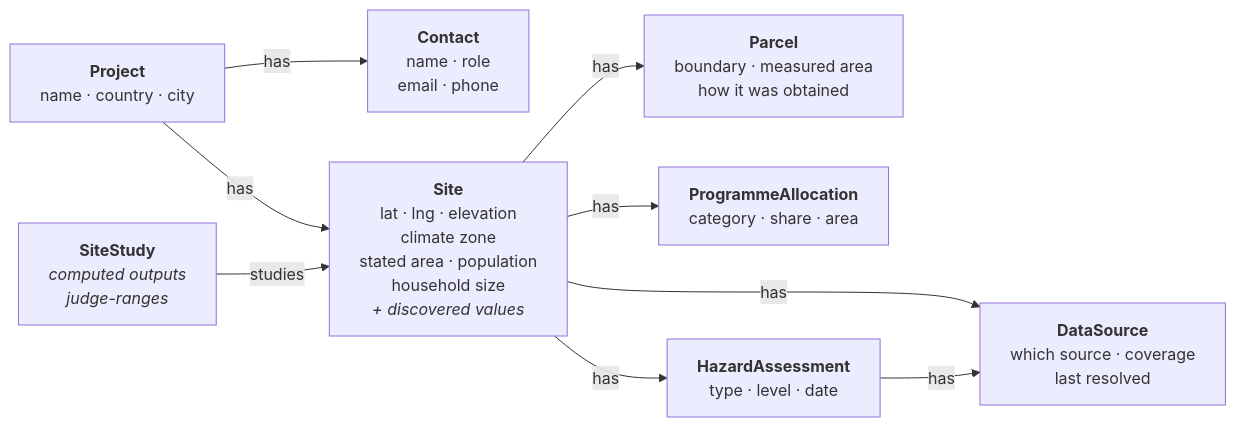
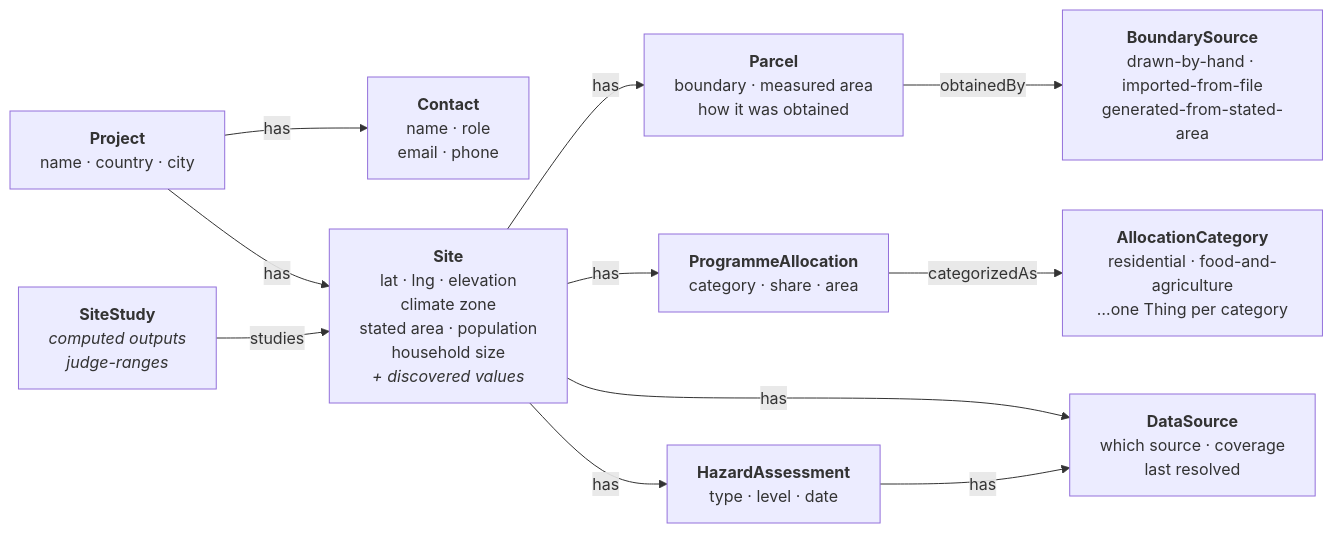
One commit to ReGen-Villages/VillageOS-API changed the seventh of 10 diagrams in docs/LAND_INTAKE.md. Above: the diagram before and after it, drawn with Mermaid. The commit also changed other lines of this file and 14 other files, not shown here.

````diff
--- a/docs/LAND_INTAKE.md
+++ b/docs/LAND_INTAKE.md
@@ -526,20 +526,25 @@
 ```mermaid
 flowchart LR
   PR["<b>Project</b><br/>name · country · city"]
   CO["<b>Contact</b><br/>name · role<br/>email · phone"]
   SI["<b>Site</b><br/>lat · lng · elevation<br/>climate zone<br/>stated area · population<br/>household size<br/><i>+ discovered values</i>"]
   ST["<b>SiteStudy</b><br/><i>computed outputs</i><br/><i>judge-ranges</i>"]
   PA["<b>Parcel</b><br/>boundary · measured area<br/>how it was obtained"]
   AL["<b>ProgrammeAllocation</b><br/>category · share · area"]
   HA["<b>HazardAssessment</b><br/>type · level · date"]
   DS["<b>DataSource</b><br/>which source · coverage<br/>last resolved"]
 
+  BS["<b>BoundarySource</b><br/>drawn-by-hand · imported-from-file<br/>generated-from-stated-area"]
+  AC["<b>AllocationCategory</b><br/>residential · food-and-agriculture<br/>…one Thing per category"]
+
   PR -->|has| CO
   PR -->|has| SI
   SI -->|has| PA
   SI -->|has| AL
   SI -->|has| HA
   SI -->|has| DS
   HA -->|has| DS
   ST -->|studies| SI
+  PA -->|obtainedBy| BS
+  AL -->|categorizedAs| AC
 ```
````
